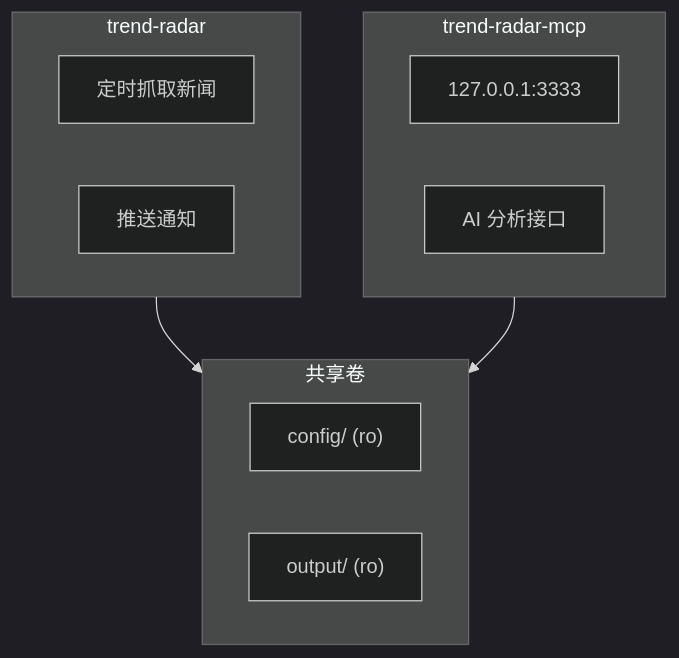
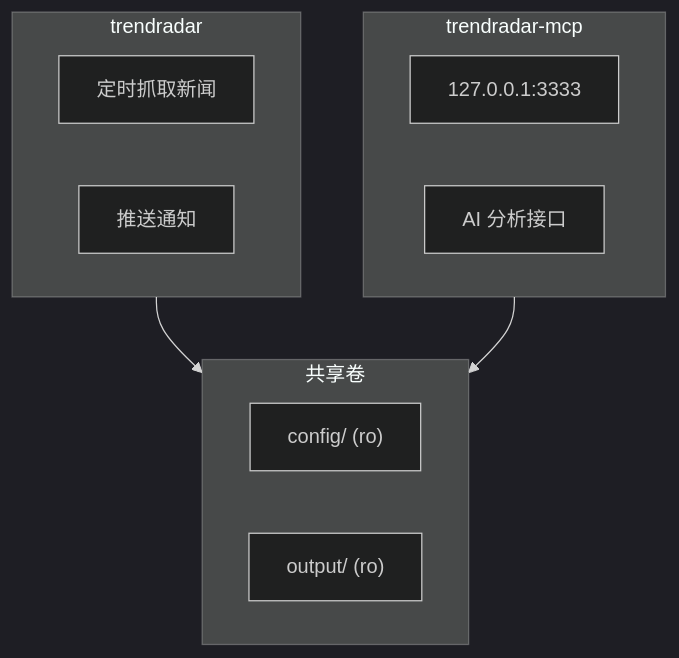
One commit to honglonglong/TrendRadar changed the diagram in README.md. Above: the diagram before and after it, drawn with Mermaid (dark theme). The commit also changed other lines of this file and 44 other files, not shown here.

````diff
--- a/README.md
+++ b/README.md
@@ -2459,20 +2555,20 @@
 ```mermaid
 flowchart TB
-    subgraph trend-radar["trend-radar"]
+    subgraph trendradar["trendradar"]
         A1[定时抓取新闻]
         A2[推送通知]
     end
     
-    subgraph trend-radar-mcp["trend-radar-mcp"]
+    subgraph trendradar-mcp["trendradar-mcp"]
         B1[127.0.0.1:3333]
         B2[AI 分析接口]
     end
     
     subgraph shared["共享卷"]
         C1["config/ (ro)"]
         C2["output/ (ro)"]
     end
     
-    trend-radar --> shared
-    trend-radar-mcp --> shared
+    trendradar --> shared
+    trendradar-mcp --> shared
 ```
````
